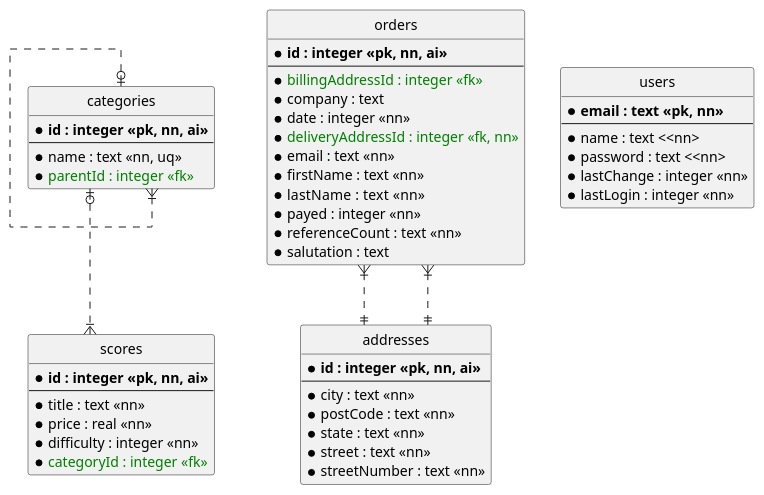
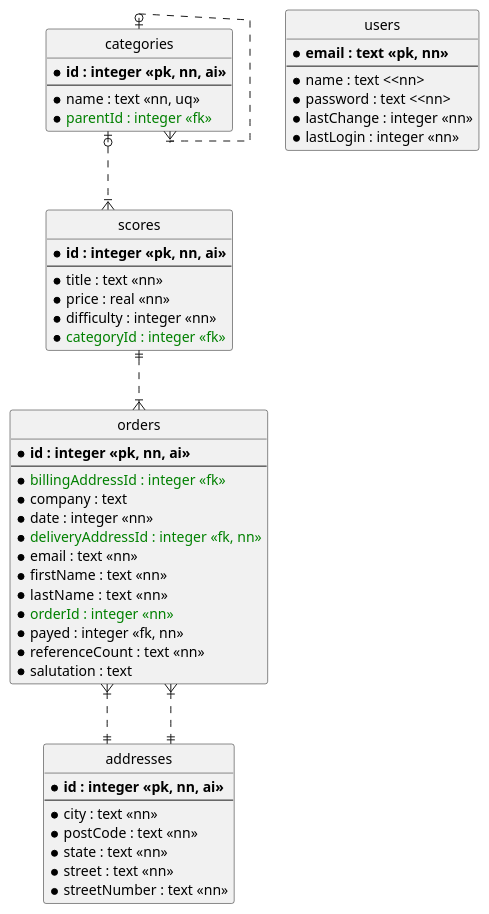
Before and after one commit to mknentwich/core: the diagram in doc/database/database.adoc, drawn with PlantUML.

Commit message:
connected scores to orders

```diff
--- a/doc/database/database.adoc
+++ b/doc/database/database.adoc
@@ -8,68 +8,70 @@
 [plantuml, database_model, svg]
 ....
 @startuml
 
 hide circle
 skinparam linetype ortho
 
 ' entities
 
 entity "categories" as cat {
   * **id : integer <<pk, nn, ai>>**
   --
   *name : text <<nn, uq>>
   *<color:green>parentId : integer <<fk>></color>
 }
 
 entity "scores" as sco {
   * **id : integer <<pk, nn, ai>>**
   --
   *title : text <<nn>>
   *price : real <<nn>>
   *difficulty : integer <<nn>>
   *<color:green>categoryId : integer <<fk>></color>
 }
 
 entity "orders" as ord {
   * **id : integer <<pk, nn, ai>>**
   --
   *<color:green>billingAddressId : integer <<fk>></color>
   *company : text
   *date : integer <<nn>>
   *<color:green>deliveryAddressId : integer <<fk, nn>></color>
   *email : text <<nn>>
   *firstName : text <<nn>>
   *lastName :  text <<nn>>
-  *payed : integer <<nn>>
+  *<color:green>orderId : integer <<nn>></color>
+  *payed : integer <<fk, nn>>
   *referenceCount : text <<nn>>
   *salutation : text
 }
 
 entity "addresses" as add {
   * **id : integer <<pk, nn, ai>>**
   --
   *city : text <<nn>>
   *postCode : text <<nn>>
   *state : text <<nn>>
   *street : text <<nn>>
   *streetNumber : text <<nn>>
 }
 
 entity "users" {
   * **email : text <<pk, nn>>**
   --
   *name : text <<nn>
   *password : text <<nn>
   *lastChange : integer <<nn>>
   *lastLogin : integer <<nn>>
 }
 
 ' relations
 
 cat |o..|{ cat
 cat |o..|{ sco
 ord }|..|| add
 ord }|..|| add
+sco ||..|{ ord
 
 @enduml
 ....
```
